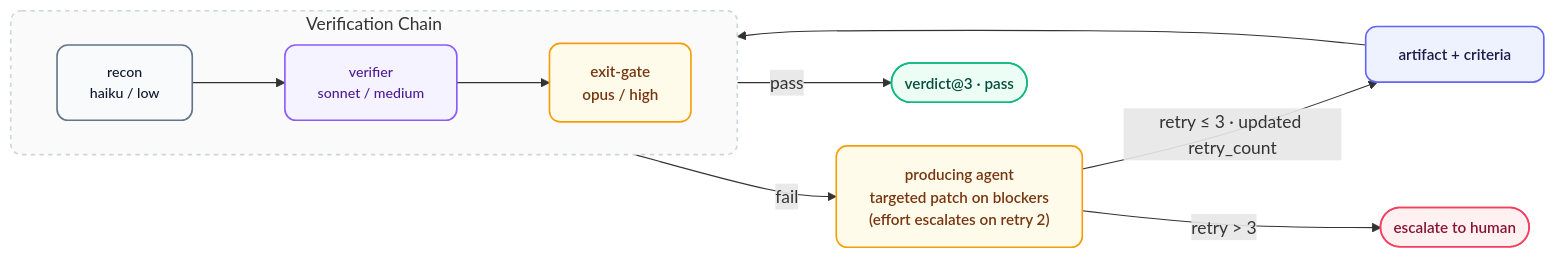
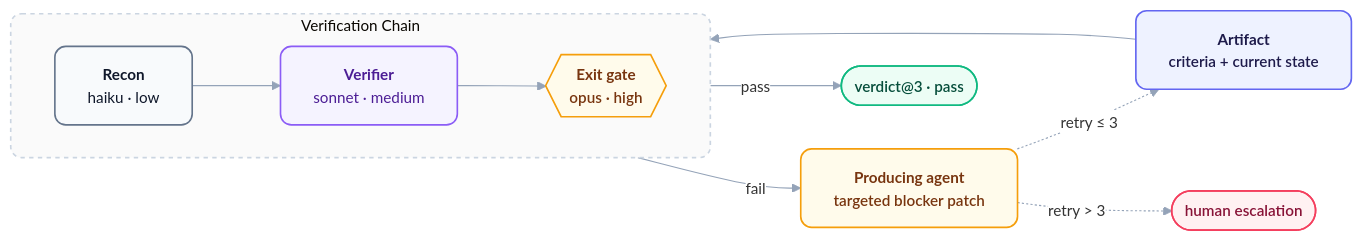
The fifth of 7 diagrams in ARCHITECTURE.md (orin-dx/agent-plugins), drawn with Mermaid before and after one commit. The commit also changed other lines of this file and 12 other files, not shown here.

Commit message:
docs: refresh Mermaid diagrams and visual standard

````diff
--- a/ARCHITECTURE.md
+++ b/ARCHITECTURE.md
@@ -196,41 +180,36 @@
 ```mermaid
-%%{init: {'flowchart': {'curve': 'basis', 'nodeSpacing': 40, 'rankSpacing': 60}}}%%
+%%{init: {'theme': 'base', 'flowchart': {'curve': 'basis', 'nodeSpacing': 40, 'rankSpacing': 56}, 'themeVariables': {'fontFamily': 'Inter, ui-sans-serif, system-ui, sans-serif', 'fontSize': '14px', 'lineColor': '#94a3b8', 'edgeLabelBackground': '#ffffff'}}}%%
 flowchart LR
-    classDef source fill:#eef2ff,stroke:#6366f1,stroke-width:1.5px,color:#1e1b4b,rx:10,ry:10,font-size:14px,font-weight:600;
-    classDef store fill:#f8fafc,stroke:#64748b,stroke-width:1.5px,color:#0f172a,rx:10,ry:10,font-size:13px,font-weight:500;
-    classDef engine fill:#f5f3ff,stroke:#8b5cf6,stroke-width:1.5px,color:#4c1d95,rx:10,ry:10,font-size:13px,font-weight:500;
-    classDef router fill:#fffbeb,stroke:#f59e0b,stroke-width:1.5px,color:#78350f,rx:10,ry:10,font-size:14px,font-weight:600;
-    classDef output fill:#ecfdf5,stroke:#10b981,stroke-width:1.5px,color:#064e3b,rx:10,ry:10,font-size:14px,font-weight:600;
-    classDef alert fill:#fff1f2,stroke:#f43f5e,stroke-width:1.5px,color:#881337,rx:10,ry:10,font-size:14px,font-weight:600;
+    classDef source fill:#eef2ff,stroke:#6366f1,stroke-width:1.5px,color:#1e1b4b,rx:10px,ry:10px,font-weight:600;
+    classDef store fill:#f8fafc,stroke:#64748b,stroke-width:1.5px,color:#0f172a,rx:10px,ry:10px;
+    classDef engine fill:#f5f3ff,stroke:#8b5cf6,stroke-width:1.5px,color:#4c1d95,rx:10px,ry:10px;
+    classDef router fill:#fffbeb,stroke:#f59e0b,stroke-width:1.5px,color:#78350f,rx:10px,ry:10px,font-weight:600;
+    classDef output fill:#ecfdf5,stroke:#10b981,stroke-width:1.5px,color:#064e3b,rx:10px,ry:10px,font-weight:600;
+    classDef alert fill:#fff1f2,stroke:#f43f5e,stroke-width:1.5px,color:#881337,rx:10px,ry:10px,font-weight:600;
 
-    Art[artifact + criteria]
+    Art["<b>Artifact</b><br/>criteria + current state"]
 
     subgraph check [Verification Chain]
         direction LR
-        Recon["recon
-        haiku / low"] --> Ver["verifier
-        sonnet / medium"] --> Gate["exit-gate
-        opus / high"]
+        Recon["<b>Recon</b><br/>haiku · low"] --> Ver["<b>Verifier</b><br/>sonnet · medium"] --> Gate{{"<b>Exit gate</b><br/>opus · high"}}
     end
 
     Art --> Recon
 
-    Fix["producing agent
-    targeted patch on blockers
-    (effort escalates on retry 2)"]
+    Fix["<b>Producing agent</b><br/>targeted blocker patch"]
 
-    Gate -->|pass| Done(["verdict@3 · pass"])
-    Gate -->|fail| Fix
-    Fix -->|"retry ≤ 3 · updated retry_count"| Art
-    Fix -->|"retry > 3"| Esc(["escalate to human"])
+    Gate -->|"pass"| Done(["verdict@3 · pass"])
+    Gate -->|"fail"| Fix
+    Fix -.->|"retry ≤ 3"| Art
+    Fix -.->|"retry > 3"| Esc(["human escalation"])
 
     class Art source
     class Recon store
     class Ver engine
     class Gate router
     class Done output
     class Fix router
     class Esc alert
 
     style check fill:#fafafa,stroke:#cbd5e1,stroke-width:1.5px,stroke-dasharray: 4 4,rx:10px,ry:10px
 ```
````
